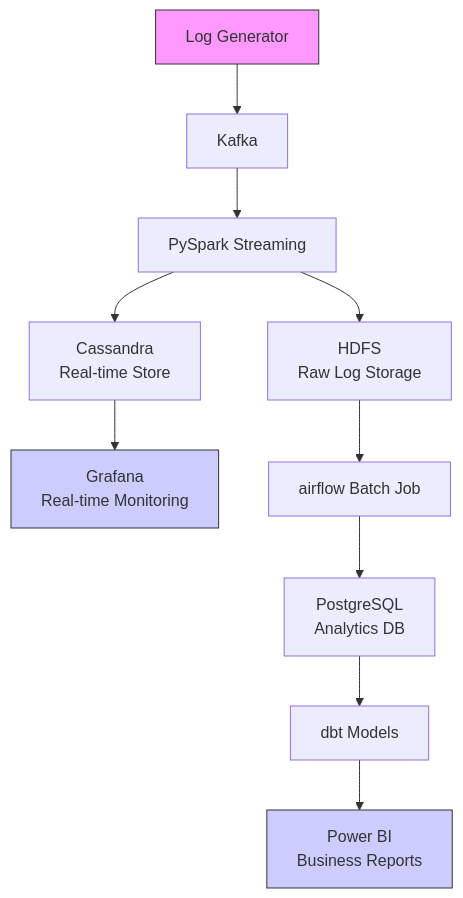
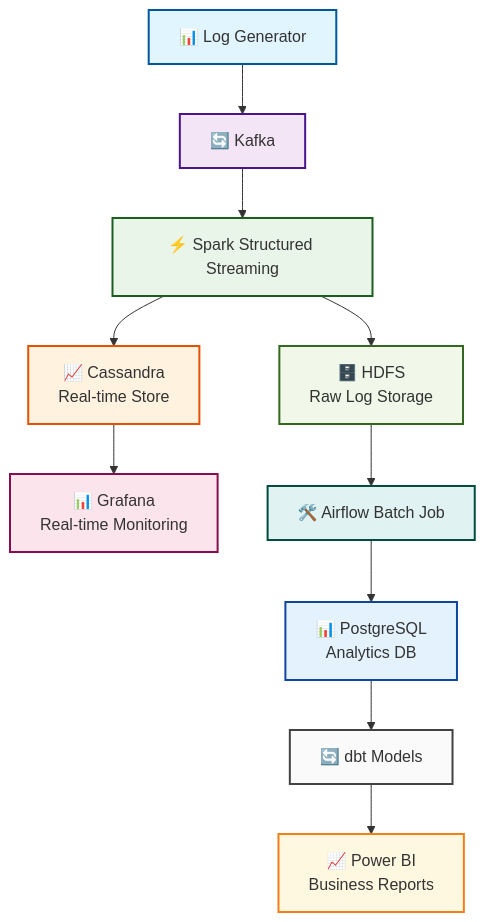
One commit to MAHMOUDMAMDOH8/end-to-end-log-processing changed the first of 2 diagrams in README.md. Above: the diagram before and after it, drawn with Mermaid. The commit also changed other lines of this file, not shown here.

````diff
--- a/README.md
+++ b/README.md
@@ -19,16 +20,23 @@
 ```mermaid
 graph TD
-  A[Log Generator] --> B[Kafka]
-  B --> C[PySpark Streaming]
-  C --> D[Cassandra<br>Real-time Store]
-  D --> E[Grafana<br>Real-time Monitoring]
-  C --> F[HDFS<br>Raw Log Storage]
-  F --> G[airflow Batch Job]
-  G --> H[PostgreSQL<br>Analytics DB]
-  H --> I[dbt Models]
-  I --> J[Power BI<br>Business Reports]
-  style A fill:#f9f,stroke:#333
-  style E fill:#ccf,stroke:#333
-  style J fill:#ccf,stroke:#333
-
+    A[📊 Log Generator] --> B[🔄 Kafka]
+    B --> C[⚡ Spark Structured Streaming]
+    C --> D[📈 Cassandra<br/>Real-time Store]
+    D --> E[📊 Grafana<br/>Real-time Monitoring]
+    C --> F[🗄️ HDFS<br/>Raw Log Storage]
+    F --> G[🛠️ Airflow Batch Job]
+    G --> H[📊 PostgreSQL<br/>Analytics DB]
+    H --> I[🔄 dbt Models]
+    I --> J[📈 Power BI<br/>Business Reports]
+    
+    style A fill:#e1f5fe,stroke:#01579b,stroke-width:2px
+    style B fill:#f3e5f5,stroke:#4a148c,stroke-width:2px
+    style C fill:#e8f5e8,stroke:#1b5e20,stroke-width:2px
+    style D fill:#fff3e0,stroke:#e65100,stroke-width:2px
+    style E fill:#fce4ec,stroke:#880e4f,stroke-width:2px
+    style F fill:#f1f8e9,stroke:#33691e,stroke-width:2px
+    style G fill:#e0f2f1,stroke:#004d40,stroke-width:2px
+    style H fill:#e3f2fd,stroke:#0d47a1,stroke-width:2px
+    style I fill:#fafafa,stroke:#424242,stroke-width:2px
+    style J fill:#fff8e1,stroke:#f57f17,stroke-width:2px
 ```
````
